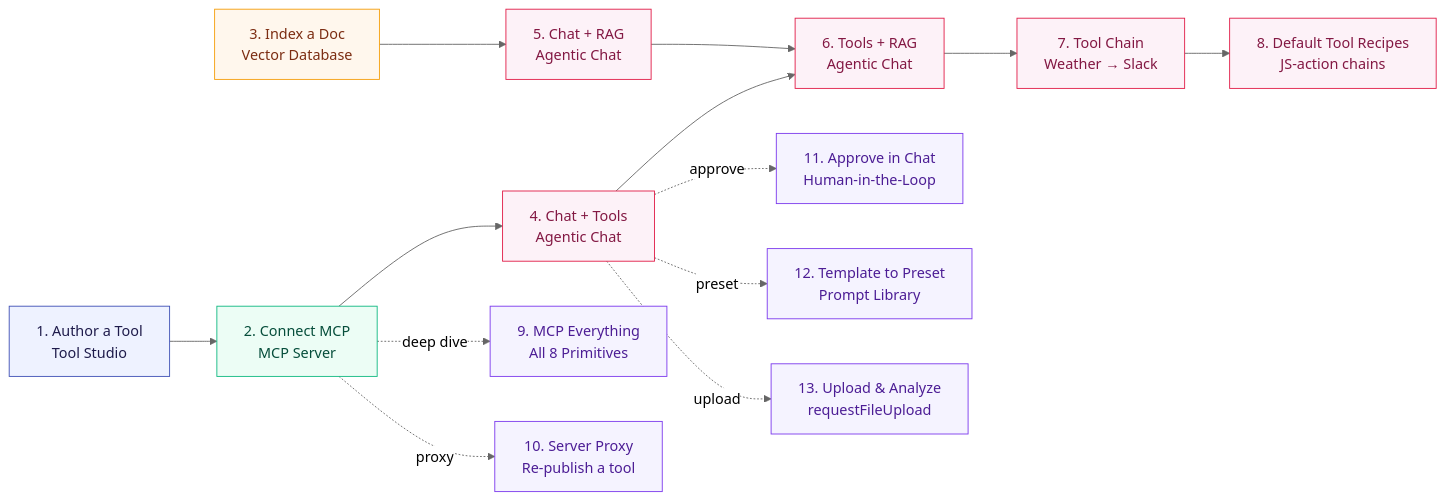
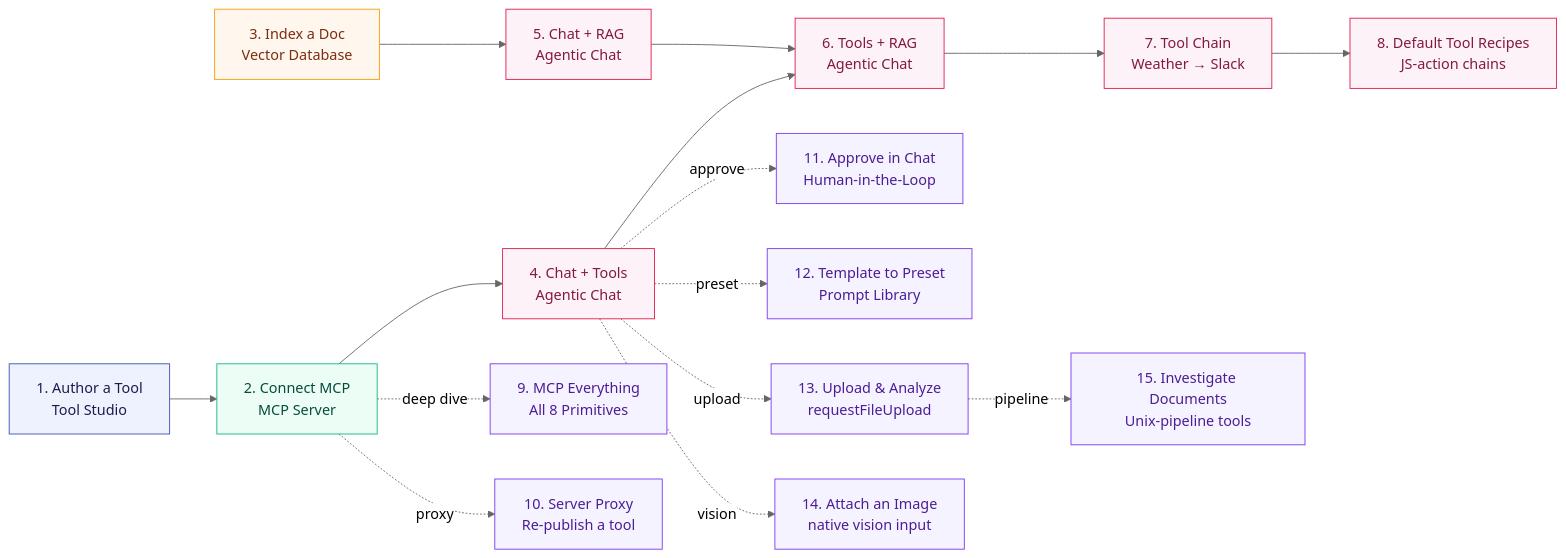
One commit to spring-ai-community/spring-ai-playground changed the diagram in docs/tutorials/index.md. Above: the diagram before and after it, drawn with Mermaid (neutral theme). The commit also changed other lines of this file and 22 other files, not shown here.

````diff
--- a/docs/tutorials/index.md
+++ b/docs/tutorials/index.md
@@ -11,38 +11,42 @@
 ```mermaid
 flowchart LR
   T1["1. Author a Tool<br/>Tool Studio"]
   T2["2. Connect MCP<br/>MCP Server"]
   T3["3. Index a Doc<br/>Vector Database"]
   T4["4. Chat + Tools<br/>Agentic Chat"]
   T5["5. Chat + RAG<br/>Agentic Chat"]
   T6["6. Tools + RAG<br/>Agentic Chat"]
   T7["7. Tool Chain<br/>Weather → Slack"]
   T8["8. Default Tool Recipes<br/>JS-action chains"]
   T9["9. MCP Everything<br/>All 8 Primitives"]
   T10["10. Server Proxy<br/>Re-publish a tool"]
   T11["11. Approve in Chat<br/>Human-in-the-Loop"]
   T12["12. Template to Preset<br/>Prompt Library"]
   T13["13. Upload & Analyze<br/>requestFileUpload"]
+  T14["14. Attach an Image<br/>native vision input"]
+  T15["15. Investigate Documents<br/>Unix-pipeline tools"]
   T1 --> T2
   T2 --> T4
   T3 --> T5
   T4 --> T6
   T5 --> T6
   T6 --> T7
   T7 --> T8
   T2 -. deep dive .-> T9
   T2 -. proxy .-> T10
   T4 -. approve .-> T11
   T4 -. preset .-> T12
   T4 -. upload .-> T13
+  T4 -. vision .-> T14
+  T13 -. pipeline .-> T15
   classDef build fill:#eef2ff,stroke:#3F51B5,color:#1e1b4b
   classDef validate fill:#ecfdf5,stroke:#10b981,color:#064e3b
   classDef ground fill:#fff7ed,stroke:#f59e0b,color:#7c2d12
   classDef compose fill:#fdf2f8,stroke:#e11d48,color:#831843
   classDef bonus fill:#f5f3ff,stroke:#7c3aed,color:#4c1d95
   class T1 build
   class T2 validate
   class T3 ground
   class T4,T5,T6,T7,T8 compose
-  class T9,T10,T11,T12,T13 bonus
+  class T9,T10,T11,T12,T13,T14,T15 bonus
 ```
````
